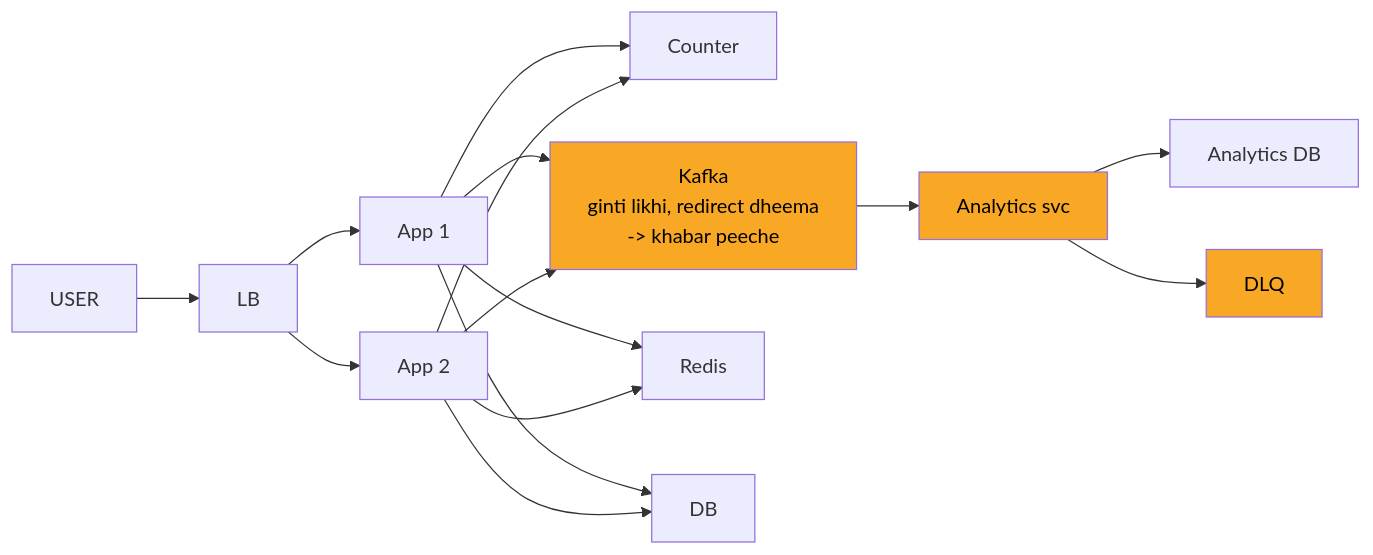
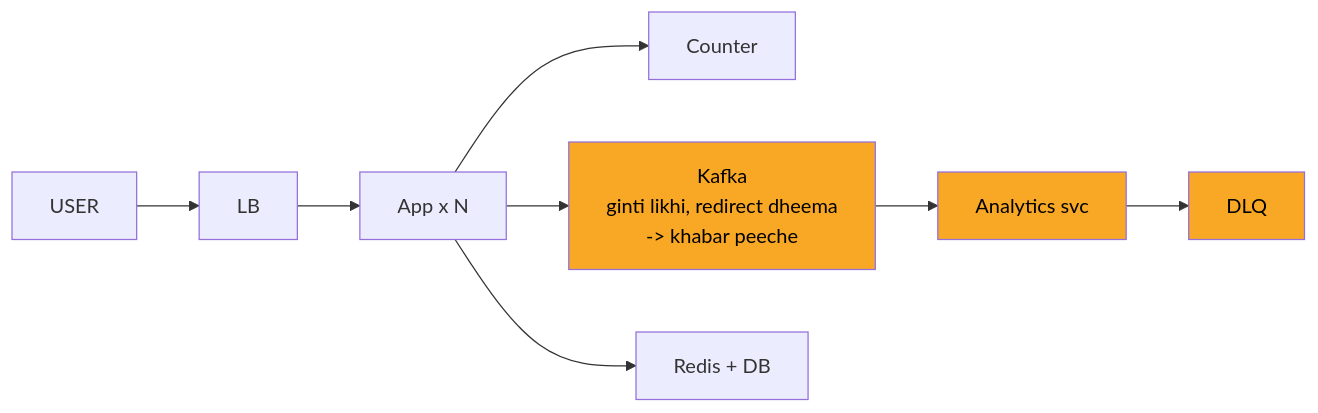
Before and after one commit to ArpanMaheshwari144/Prep: the fifth of 10 diagrams in 04_HLD/SYSTEM_DESIGNS/01_url_shortener/01_url_shortener.md, drawn with Mermaid. The commit also changed other lines of this file and 11 other files, not shown here.

Commit message:
hld: card diagrams max 8 boxes (App x N, merged stores/chains; full diagram only in AAKHRI DABBA)

````diff
--- a/04_HLD/SYSTEM_DESIGNS/01_url_shortener/01_url_shortener.md
+++ b/04_HLD/SYSTEM_DESIGNS/01_url_shortener/01_url_shortener.md
@@ -215,31 +215,21 @@
 ```mermaid
 flowchart LR
     n_USER["USER"]
     n_LB["LB"]
-    n_App_x_N_1["App 1"]
-    n_App_x_N_2["App 2"]
+    n_App_xN["App x N"]
     n_Counter["Counter"]
     n_Kafka["Kafka<br/>ginti likhi, redirect dheema<br/>-> khabar peeche"]
     n_Analytics_svc["Analytics svc"]
-    n_Analytics_DB["Analytics DB"]
     n_DLQ["DLQ"]
-    n_Redis["Redis"]
-    n_DB["DB"]
+    n_RD["Redis + DB"]
     n_USER --> n_LB
-    n_LB --> n_App_x_N_1
-    n_LB --> n_App_x_N_2
-    n_App_x_N_1 --> n_Counter
-    n_App_x_N_2 --> n_Counter
-    n_App_x_N_1 --> n_Kafka
-    n_App_x_N_2 --> n_Kafka
-    n_App_x_N_1 --> n_Redis
-    n_App_x_N_2 --> n_Redis
+    n_LB --> n_App_xN
+    n_App_xN --> n_Counter
+    n_App_xN --> n_Kafka
+    n_App_xN --> n_RD
     n_Kafka --> n_Analytics_svc
-    n_Analytics_svc --> n_Analytics_DB
-    n_App_x_N_1 --> n_DB
-    n_App_x_N_2 --> n_DB
     n_Analytics_svc --> n_DLQ
     style n_Kafka fill:#f9a825,color:#000
     style n_Analytics_svc fill:#f9a825,color:#000
     style n_DLQ fill:#f9a825,color:#000
 ```
````
